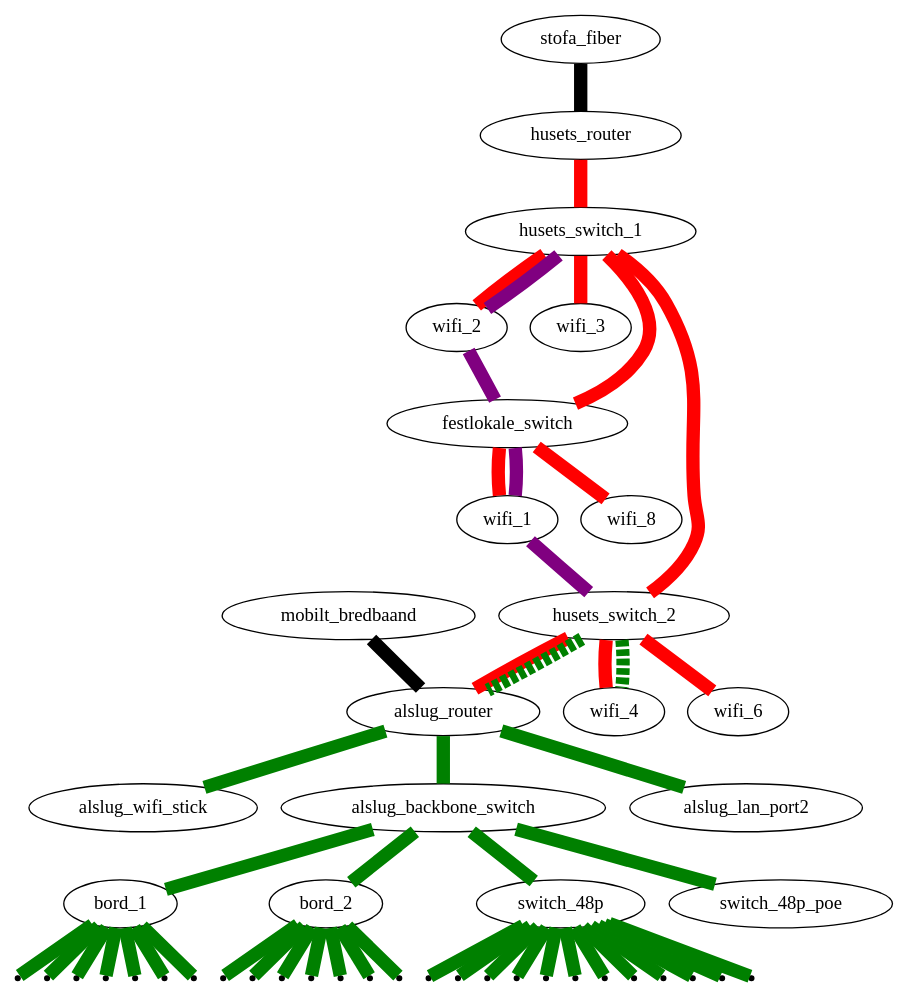
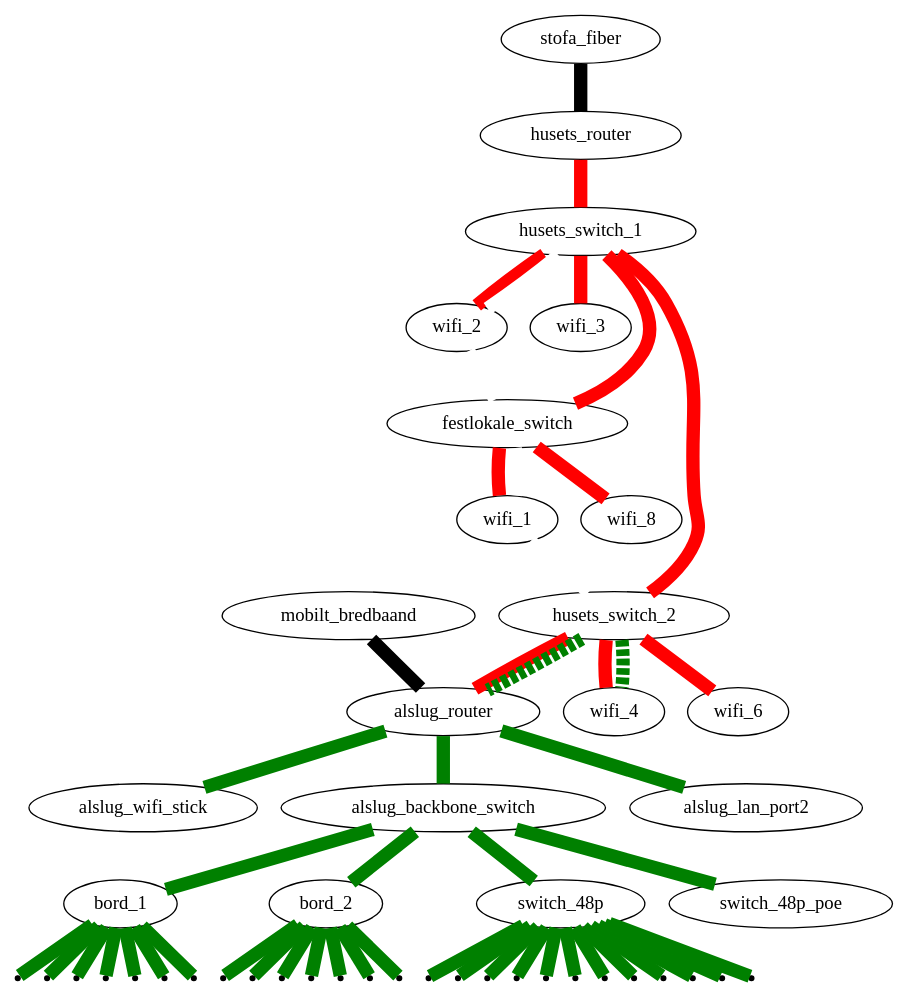
Before and after one commit to alslug/alslug.dk: the diagram in projekter/network.dot, drawn with Graphviz.

```diff
--- a/projekter/network.dot
+++ b/projekter/network.dot
@@ -1,34 +1,34 @@
 digraph xxx {
 #  link_12a [ shape=point ];
 #  link_12b [ shape=point ];
 #  link_12c [ shape=point ];
   edge [ dir=none penwidth=10 ];
   
   // Internet forbindelser
   stofa_fiber      -> husets_router [ fillcolor=black style=filled ];
   mobilt_bredbaand -> alslug_router [ fillcolor=black style=filled ];
   
   // Husets forbindelser
   edge  [ color=red style=solid ];
   husets_router -> husets_switch_1 -> { wifi_2 wifi_3 };
   husets_switch_1 -> #link_12a -> link_12b -> link_12c -> 
                                                           husets_switch_2 -> { wifi_4 wifi_6 alslug_router};
   husets_switch_1 -> festlokale_switch -> { wifi_1 wifi_8 };
 
   // VLAN forbindelser over bakkensbros netværk
   edge  [ color=green style=dashed ];
   husets_switch_2 -> { alslug_router wifi_4 };
   
   // Interne forbindelser
   edge [ color=green style=solid ];
   alslug_router -> { alslug_wifi_stick alslug_backbone_switch alslug_lan_port2 };
   alslug_backbone_switch -> { bord_1 bord_2 switch_48p switch_48p_poe }
   
   node [ shape=point ];
   bord_1 -> { bord_1_1 bord_1_2 bord_1_3 bord_1_4 bord_1_5 bord_1_6 bord_1_7 }
   bord_2 -> { bord_2_1 bord_2_2 bord_2_3 bord_2_4 bord_2_5 bord_2_6 bord_2_7 }
   switch_48p -> { switch_48p_1 switch_48p_2 switch_48p_3 switch_48p_4 switch_48p_5 switch_48p_6 switch_48p_7 switch_48p_8 switch_48p_9 switch_48p_10 switch_48p_11 switch_48p_12 }
   
-  edge [ color=purple ];
+  edge [ color=white ];
   husets_switch_1 -> wifi_2 -> festlokale_switch -> wifi_1 -> husets_switch_2;
 }
```
